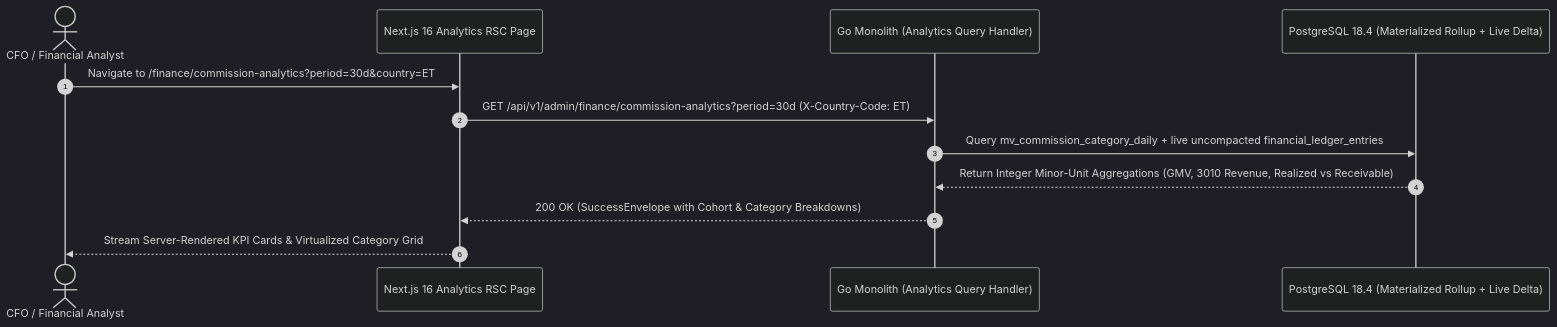
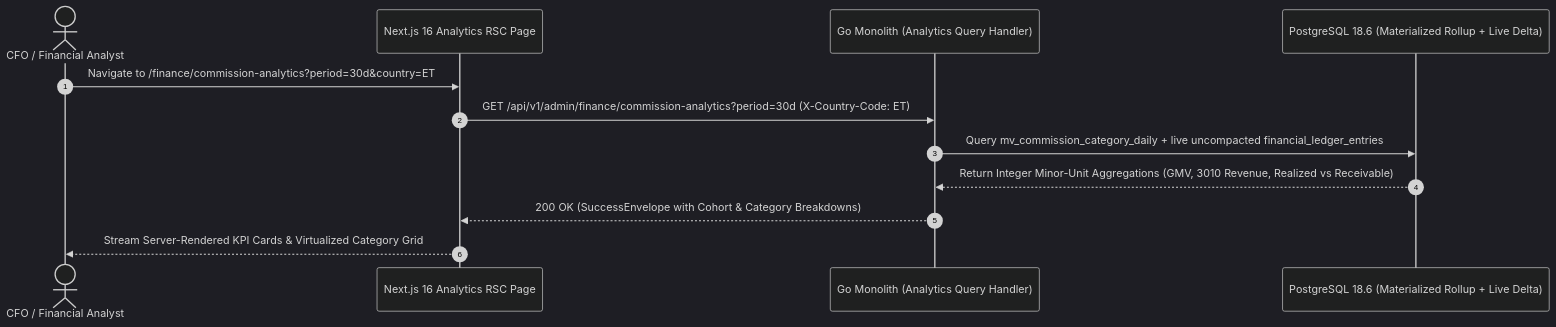
One commit to YDink/Heavy-Machinery-Logistics-Rental changed the diagram in docs/admin/finance-ledger/05-platform-commission-analytics.md. Above: the diagram before and after it, drawn with Mermaid (dark theme). The commit also changed 212 other files, not shown here.

````diff
--- a/docs/admin/finance-ledger/05-platform-commission-analytics.md
+++ b/docs/admin/finance-ledger/05-platform-commission-analytics.md
@@ -80,15 +80,15 @@
 ```mermaid
 sequenceDiagram
     autonumber
     actor CFO as CFO / Financial Analyst
     participant RSC as Next.js 16 Analytics RSC Page
     participant GoAPI as Go Monolith (Analytics Query Handler)
-    participant PG as PostgreSQL 18.4 (Materialized Rollup + Live Delta)
+    participant PG as PostgreSQL 18.6 (Materialized Rollup + Live Delta)
 
     CFO->>RSC: Navigate to /finance/commission-analytics?period=30d&country=ET
     RSC->>GoAPI: GET /api/v1/admin/finance/commission-analytics?period=30d (X-Country-Code: ET)
     GoAPI->>PG: Query mv_commission_category_daily + live uncompacted financial_ledger_entries
     PG-->>GoAPI: Return Integer Minor-Unit Aggregations (GMV, 3010 Revenue, Realized vs Receivable)
     GoAPI-->>RSC: 200 OK (SuccessEnvelope with Cohort & Category Breakdowns)
     RSC-->>CFO: Stream Server-Rendered KPI Cards & Virtualized Category Grid
 ```
````
